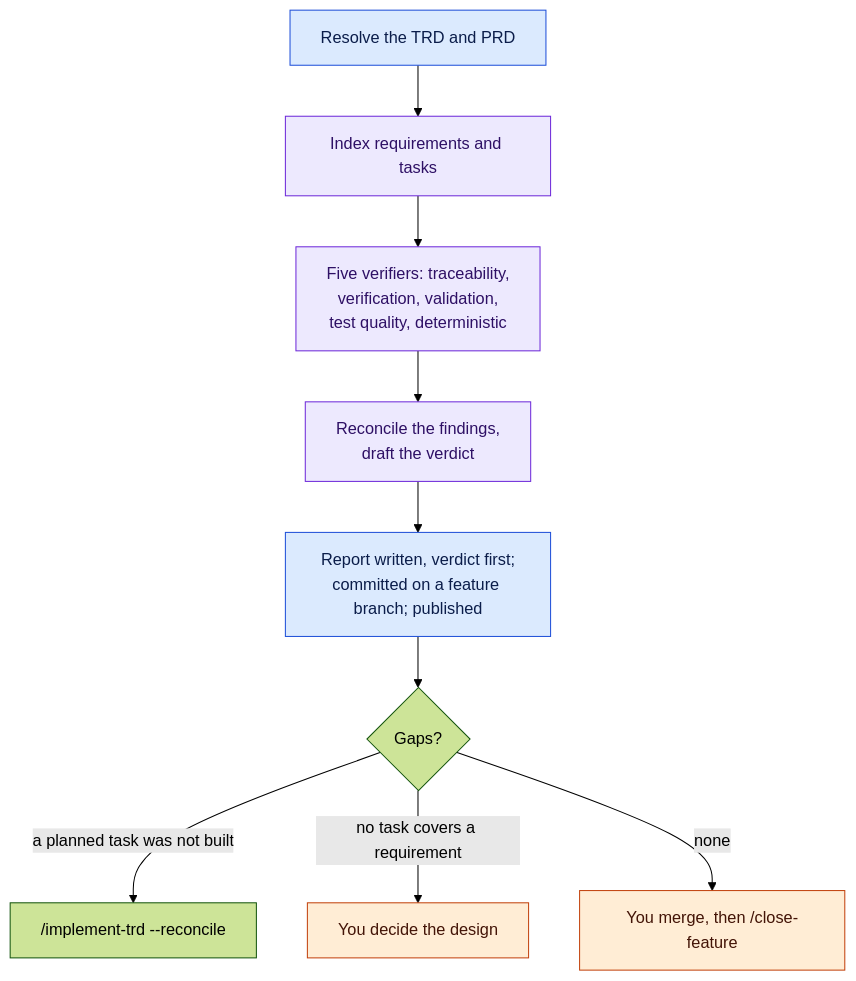
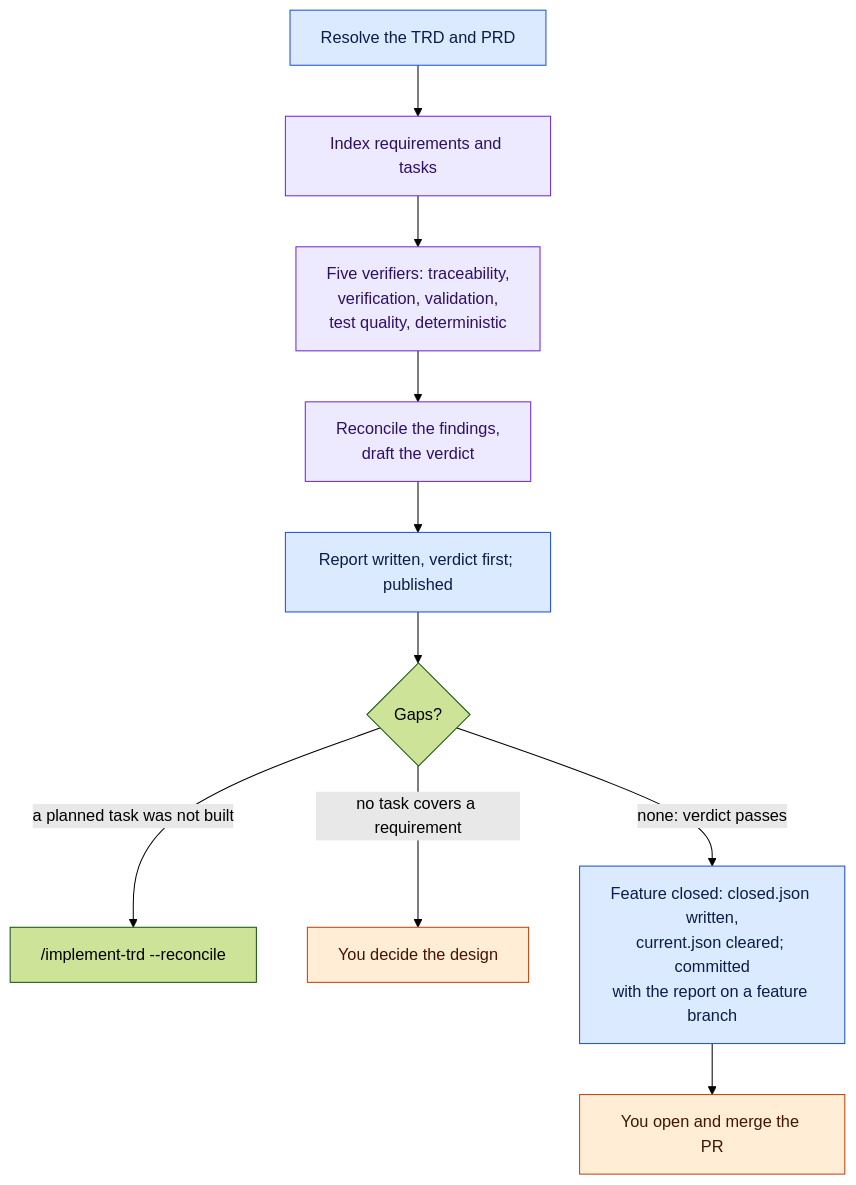
One commit to FortiumPartners/ensemble-vnext changed the seventh of 12 diagrams in docs/guides/PROCESS.md. Above: the diagram before and after it, drawn with Mermaid (forest theme). The commit also changed other lines of this file and 33 other files, not shown here.

First line of the commit message:
feat(close-out): two ways to close a feature, and closing is bookkeeping (owner decision)

````diff
--- a/docs/guides/PROCESS.md
+++ b/docs/guides/PROCESS.md
@@ -206,10 +207,10 @@
 ```mermaid
 flowchart TD
-    r["Resolve the TRD and PRD"]:::code --> ix["Index requirements and tasks"]:::model --> v["Five verifiers: traceability,<br/>verification, validation,<br/>test quality, deterministic"]:::model --> rc["Reconcile the findings,<br/>draft the verdict"]:::model --> rep["Report written, verdict first;<br/>committed on a feature branch; published"]:::code --> g{"Gaps?"}
+    r["Resolve the TRD and PRD"]:::code --> ix["Index requirements and tasks"]:::model --> v["Five verifiers: traceability,<br/>verification, validation,<br/>test quality, deterministic"]:::model --> rc["Reconcile the findings,<br/>draft the verdict"]:::model --> rep["Report written, verdict first; published"]:::code --> g{"Gaps?"}
     g -->|"a planned task was not built"| re["/implement-trd --reconcile"]
     g -->|"no task covers a requirement"| you["You decide the design"]:::you
-    g -->|"none"| m["You merge, then /close-feature"]:::you
+    g -->|"none: verdict passes"| cl["Feature closed: closed.json written,<br/>current.json cleared; committed<br/>with the report on a feature branch"]:::code --> m["You open and merge the PR"]:::you
     classDef code fill:#dbeafe,stroke:#1d4ed8,color:#0b1d4a
     classDef model fill:#ede9fe,stroke:#6d28d9,color:#2e1065
     classDef you fill:#ffedd5,stroke:#c2410c,color:#431407
 ```
````
